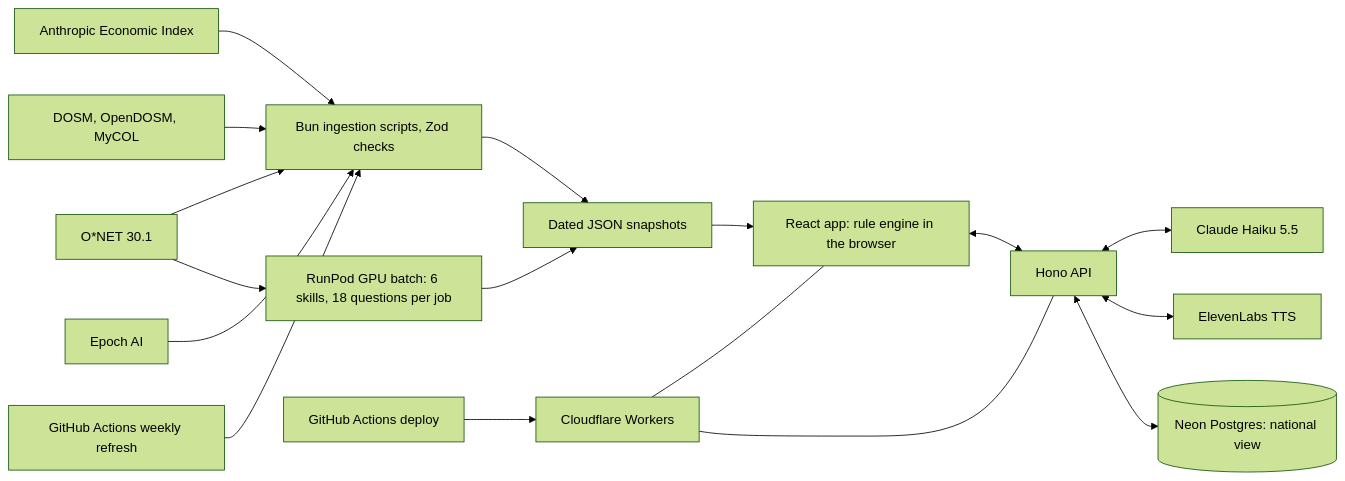
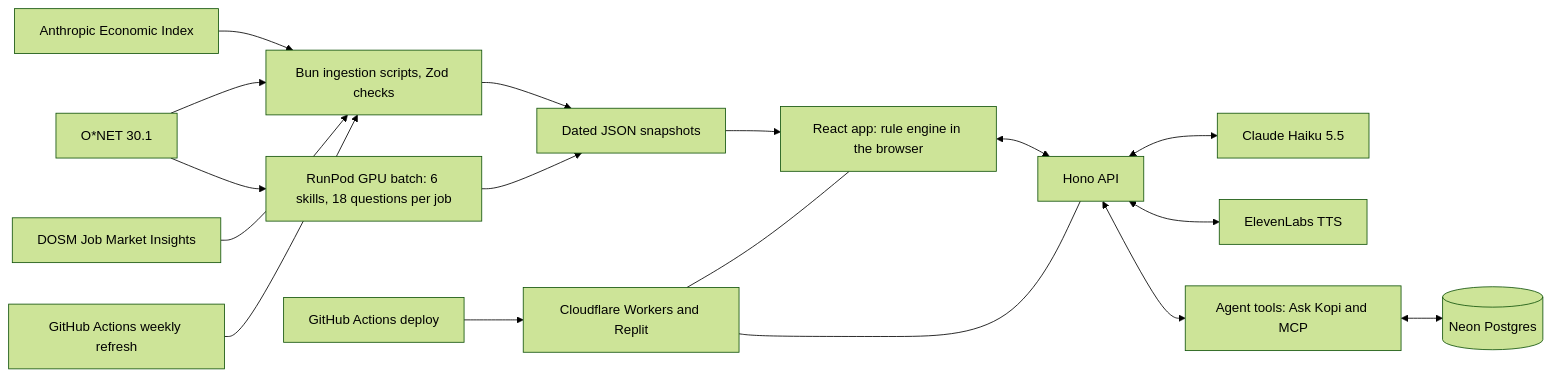
The diagram in docs/PRD.md (TolongLabs/Kotak), drawn with Mermaid (forest theme) before and after one commit. The commit also changed other lines of this file and 4 other files, not shown here.

````diff
--- a/docs/PRD.md
+++ b/docs/PRD.md
@@ -103,19 +104,19 @@
 ```mermaid
 flowchart LR
   ONET["O*NET 30.1"] --> ING["Bun ingestion scripts, Zod checks"]
   AEI["Anthropic Economic Index"] --> ING
-  DOSM["DOSM, OpenDOSM, MyCOL"] --> ING
-  EPOCH["Epoch AI"] --> ING
+  DOSM["DOSM Job Market Insights"] --> ING
   GHA["GitHub Actions weekly refresh"] --> ING
   ONET --> GPU["RunPod GPU batch: 6 skills, 18 questions per job"]
   ING --> SNAP["Dated JSON snapshots"]
   GPU --> SNAP
   SNAP --> WEB["React app: rule engine in the browser"]
   WEB <--> API["Hono API"]
   API <--> CLAUDE["Claude Haiku 5.5"]
   API <--> TTS["ElevenLabs TTS"]
-  API <--> PG[("Neon Postgres: national view")]
-  DEPLOY["GitHub Actions deploy"] --> HOST["Cloudflare Workers"]
+  API <--> AGENT["Agent tools: Ask Kopi and MCP"]
+  AGENT <--> PG[("Neon Postgres")]
+  DEPLOY["GitHub Actions deploy"] --> HOST["Cloudflare Workers and Replit"]
   HOST --- WEB
   HOST --- API
 ```
````
